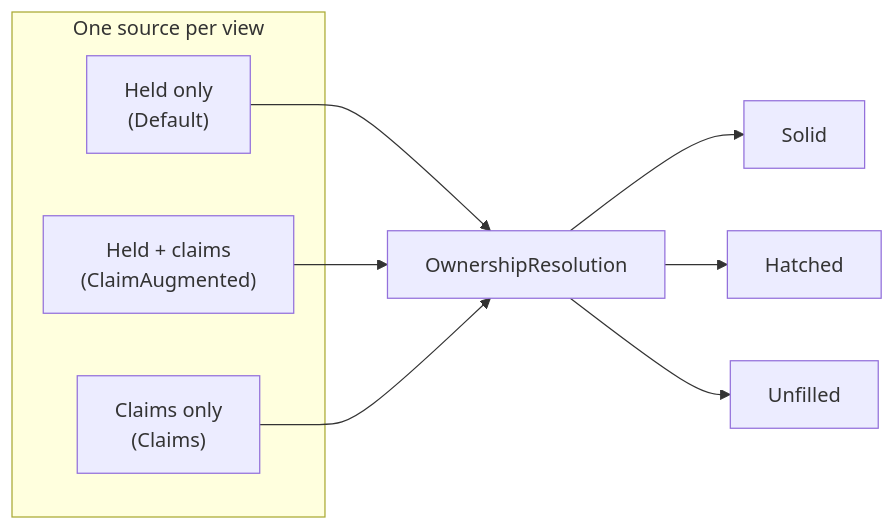
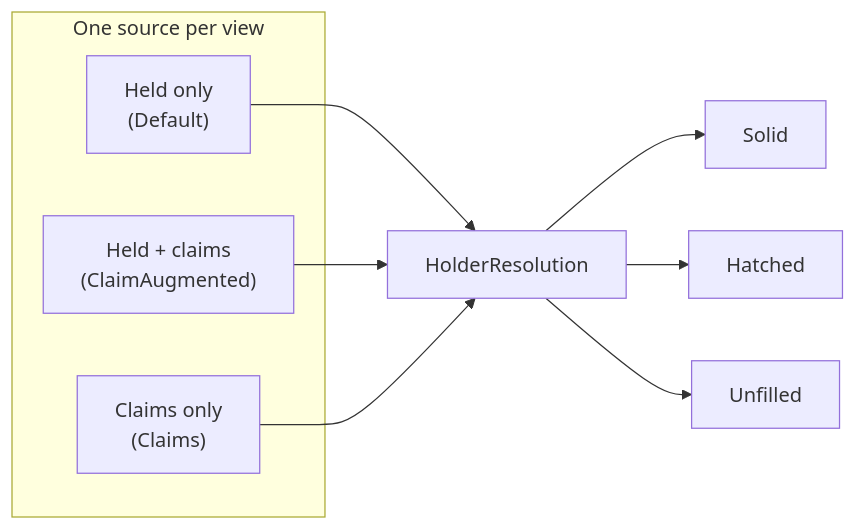
Before and after one commit to Klark-Morrigan/Starsector-Mod-KMU: the diagram in src/main/java/kmu/maplayers/politicalmap/base/politics/holders/README.md, drawn with Mermaid. The commit also changed other lines of this file, not shown here.

````diff
--- a/src/main/java/kmu/maplayers/politicalmap/base/politics/holders/README.md
+++ b/src/main/java/kmu/maplayers/politicalmap/base/politics/holders/README.md
@@ -27,14 +27,14 @@
 ```mermaid
 flowchart LR
     subgraph SRC[One source per view]
         D["Held only<br/>(Default)"]
         A["Held + claims<br/>(ClaimAugmented)"]
         C["Claims only<br/>(Claims)"]
     end
-    D --> R[OwnershipResolution]
+    D --> R[HolderResolution]
     A --> R
     C --> R
     R --> S[Solid]
     R --> H[Hatched]
     R --> U[Unfilled]
 ```
````
